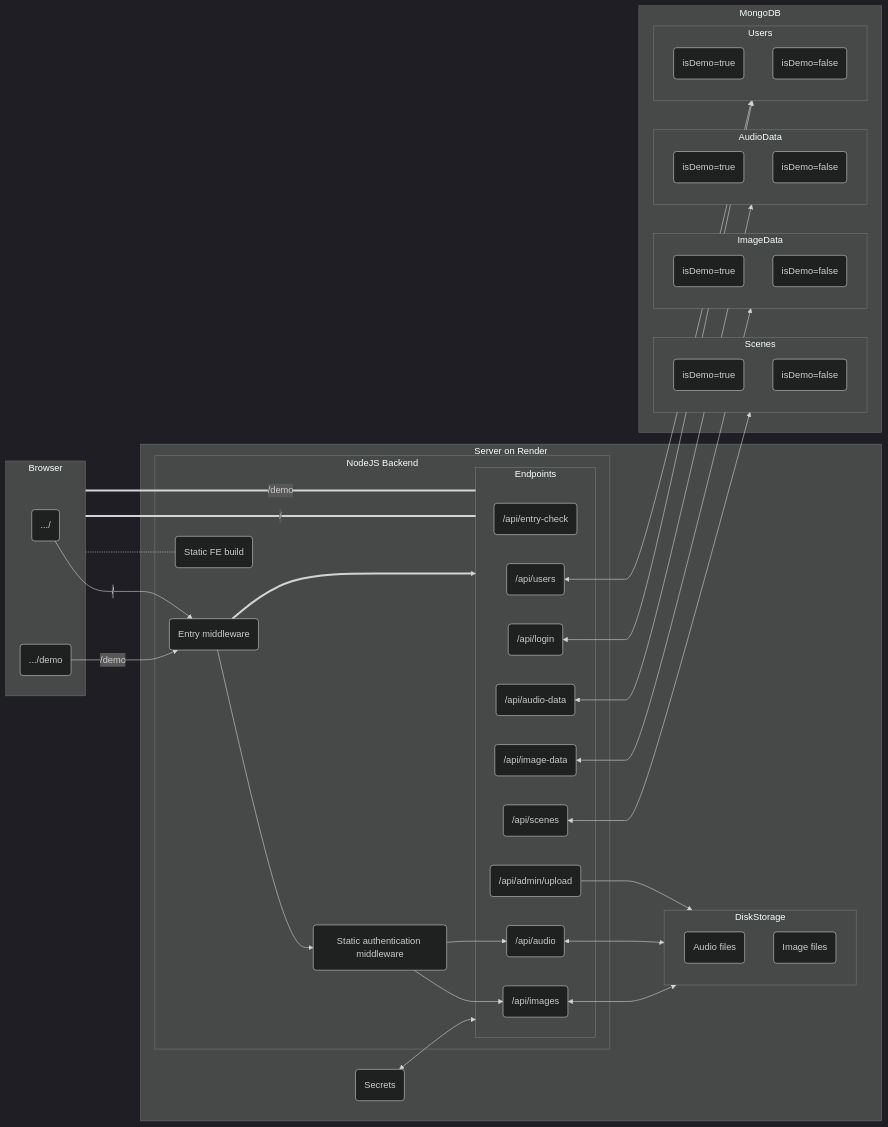
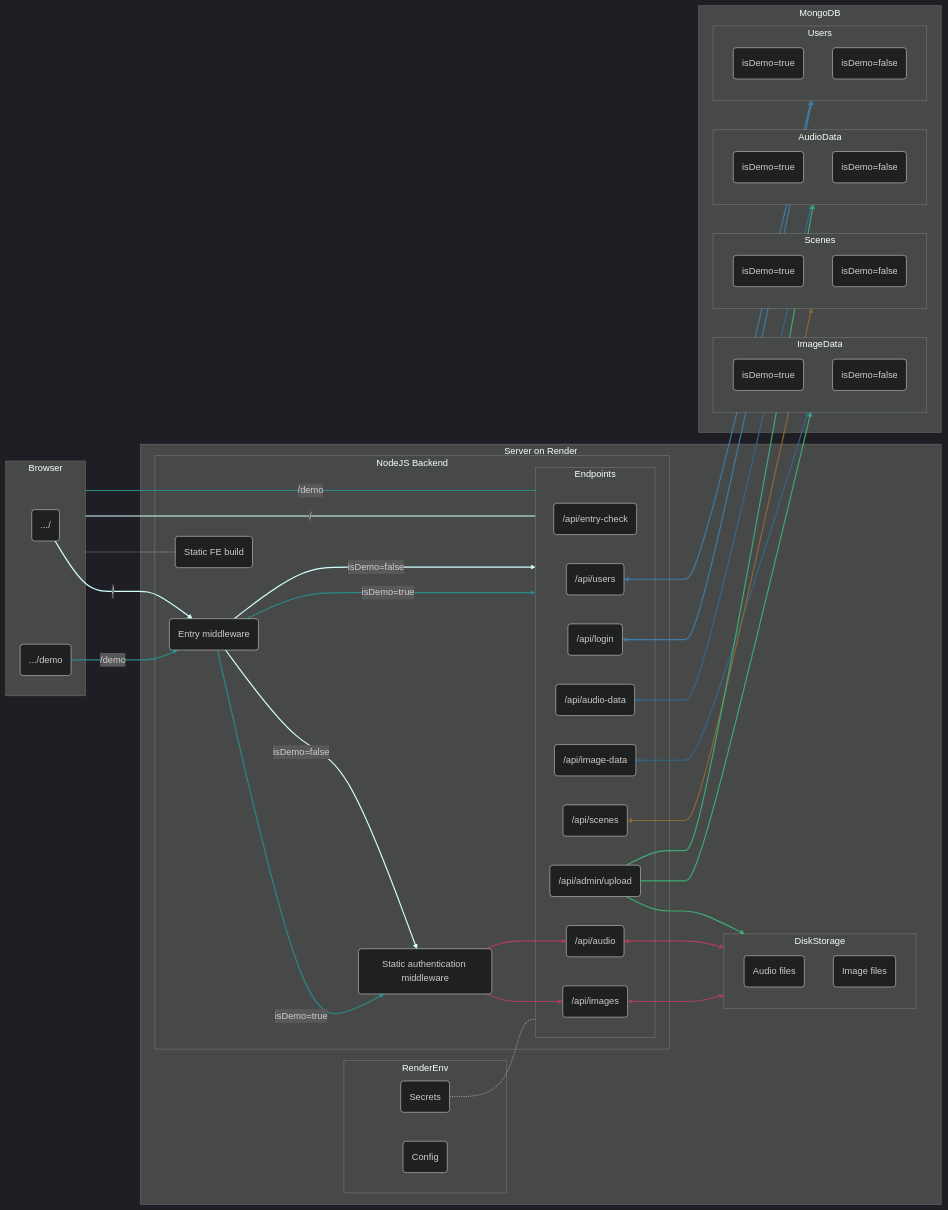
Before and after one commit to adam-herrala-bricker/wedding: the diagram in README.md, drawn with Mermaid (dark theme). The commit also changed other lines of this file, not shown here.

````diff
--- a/README.md
+++ b/README.md
@@ -1,63 +28,77 @@
 ```mermaid
+%%{ init: { 'flowchart': { 'curve': 'basis'} } }%%
 flowchart LR
     subgraph Browser
         A(.../)
         B(.../demo)
     end
     subgraph Server on Render
-        C(Secrets)
+        subgraph RenderEnv
+            C(Secrets)
+            X(Config)
+        end
         subgraph NodeJS Backend
             D(Static FE build)
             E(Entry middleware)
             F(Static authentication middleware)
             subgraph Endpoints
                 G(/api/entry-check)
                 H(/api/users)
                 I(/api/login)
                 J(/api/audio-data)
                 K(/api/image-data)
                 L(/api/scenes)
                 M(/api/admin/upload)
                 N(/api/images)
                 O(/api/audio)
             end
         end
         subgraph DiskStorage
             AA(Audio files)
             AB(Image files)
         end
     end
     subgraph MongoDB
         subgraph AudioData
             BA(isDemo=true)
             BB(isDemo=false)
         end
         subgraph ImageData
             CA(isDemo=true)
             CB(isDemo=false)
         end
         subgraph Scenes
             DA(isDemo=true)
             DB(isDemo=false)
         end
         subgraph Users
             EA(isDemo=true)
             EB(isDemo=false)
         end
     end
     Browser -.- D
     A --> |/|E
     B --> |/demo|E
-    E ==> Endpoints
+    E ==> |isDemo=true|Endpoints
+    E ==> |isDemo=false|Endpoints
+    E --> |isDemo=true|F
+    E --> |isDemo=false|F
+    C -.- Endpoints
     H <--> Users
     I <--> Users
-    C <--> Endpoints
     J <--> AudioData
     K <--> ImageData
     L <--> Scenes
     Browser === |/|Endpoints
-     Browser === |/demo|Endpoints
-    E --> F
+    Browser === |/demo|Endpoints
     M --> DiskStorage
+    M --> ImageData & AudioData
     F --> N & O <--> DiskStorage
+    linkStyle 1,4,6,13 stroke:#CFFFFE,stroke-width:2px;
+    linkStyle 2,3,5,14 stroke:#2B8988,stroke-width:2px;
+    linkStyle 8,9 stroke:#3F7CA8,stroke-width:2px;
+    linkStyle 10,11 stroke:#33678B,stroke-width:2px;
+    linkStyle 12 stroke:#8C6934,stroke-width:2px;
+    linkStyle 15,16,17 stroke:#3DAA72,stroke-width:2px;
+    linkStyle 18,19,20,21 stroke:#AB3E58,stroke-width:2px;
 ```
````
